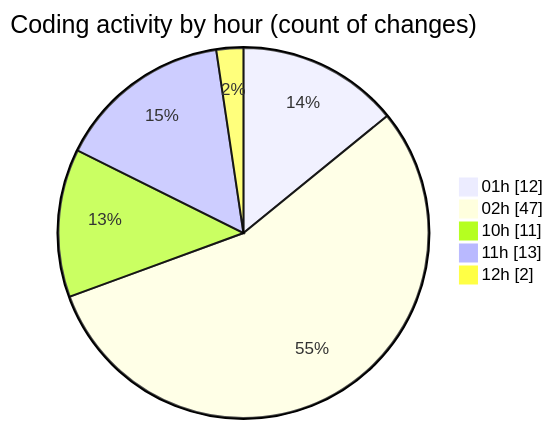
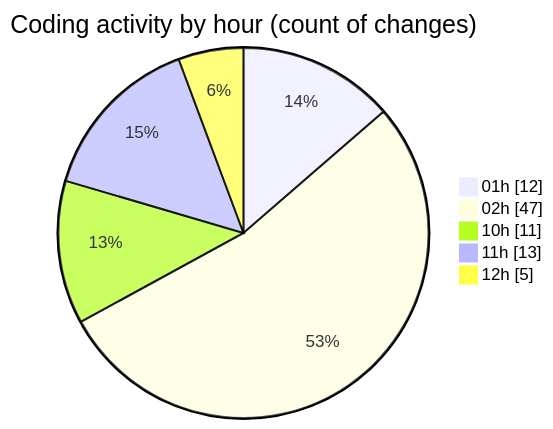
One commit to julien-gomy/code-tracking changed the second of 2 diagrams in 2025-10-24/eventscop-frontend-guide__workspace_/README.md. Above: the diagram before and after it, drawn with Mermaid. The commit also changed other lines of this file and 1 other file, not shown here.

````diff
--- a/2025-10-24/eventscop-frontend-guide__workspace_/README.md
+++ b/2025-10-24/eventscop-frontend-guide__workspace_/README.md
@@ -49,9 +50,9 @@
 ```mermaid
 pie showData
 title Coding activity by hour (count of changes)
 "01h" : 12
 "02h" : 47
 "10h" : 11
 "11h" : 13
-"12h" : 2
+"12h" : 5
 ```
````
